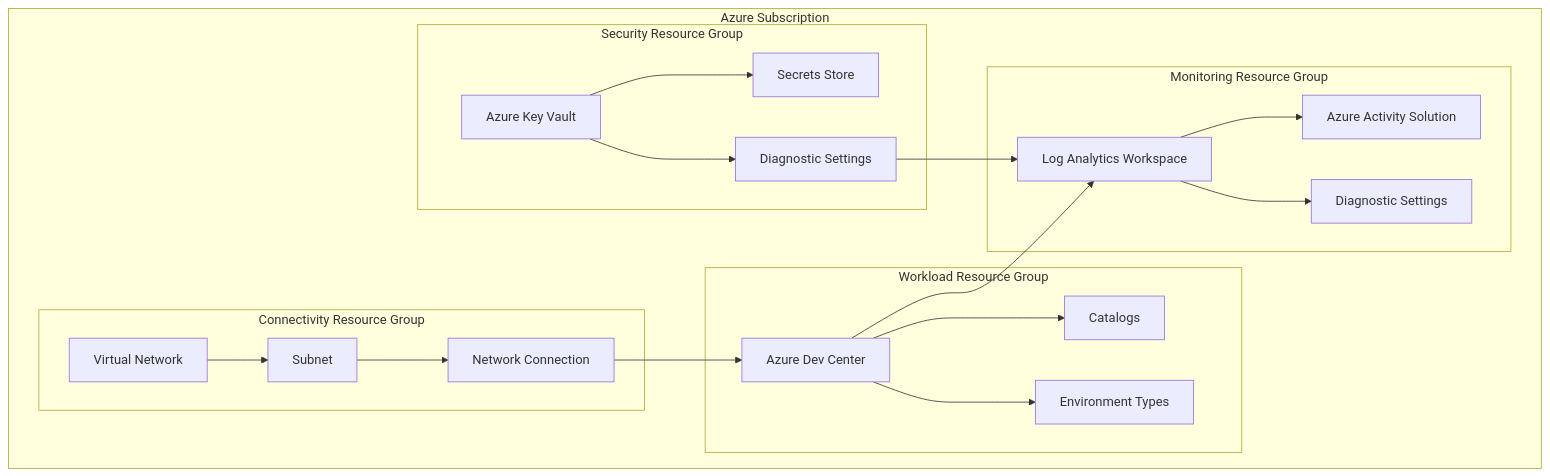
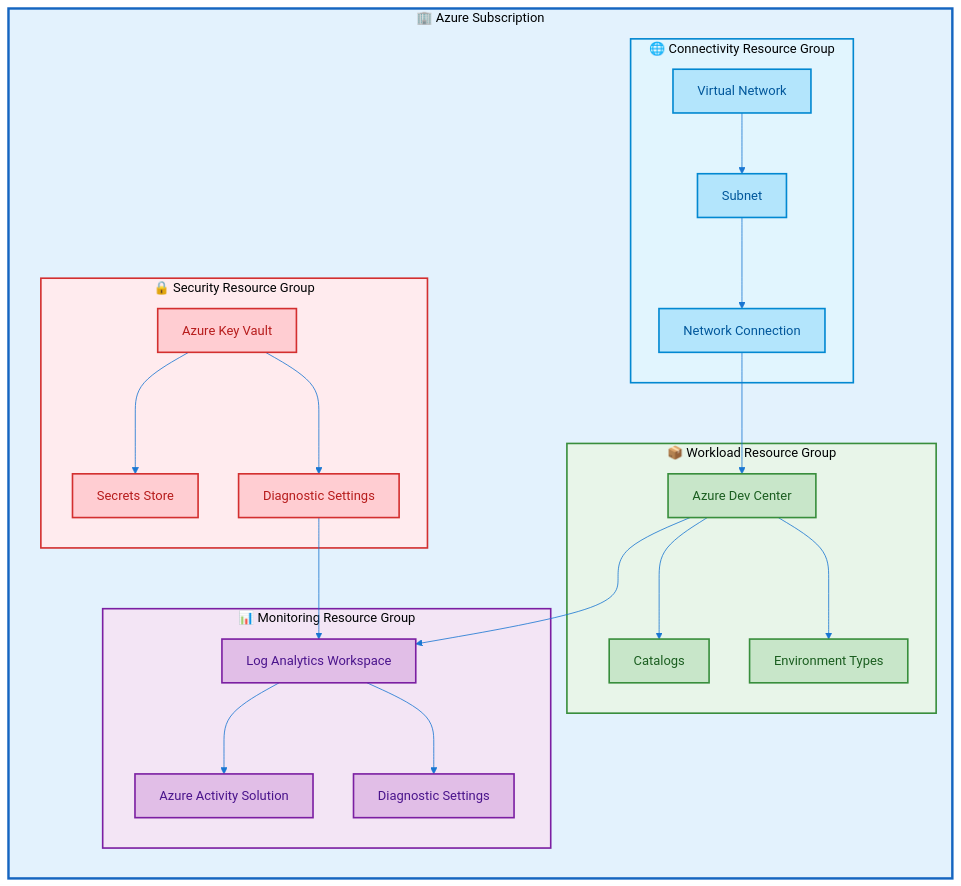
The second of 8 diagrams in docs/architecture/Technology.md (Evilazaro/DevExp-DevBox), drawn with Mermaid before and after one commit. The commit also changed other lines of this file, not shown here.

Commit message:
docs: enhance Technology Architecture diagrams with improved styling and clarity

````diff
--- a/docs/architecture/Technology.md
+++ b/docs/architecture/Technology.md
@@ -113,37 +131,51 @@
 ```mermaid
+%%{init: {'theme': 'base', 'themeVariables': {'primaryColor': '#E3F2FD', 'lineColor': '#1976D2'}}}%%
 flowchart TB
-    subgraph Subscription["Azure Subscription"]
-        subgraph SecurityRG["Security Resource Group"]
-            kv["Azure Key Vault"]
-            kv_secrets["Secrets Store"]
-            kv_diag["Diagnostic Settings"]
+    classDef subscription fill:#E3F2FD,stroke:#1565C0,stroke-width:2px,color:#0D47A1
+    classDef security fill:#FFCDD2,stroke:#D32F2F,stroke-width:2px,color:#B71C1C
+    classDef monitoring fill:#E1BEE7,stroke:#7B1FA2,stroke-width:2px,color:#4A148C
+    classDef workload fill:#C8E6C9,stroke:#388E3C,stroke-width:2px,color:#1B5E20
+    classDef connectivity fill:#B3E5FC,stroke:#0288D1,stroke-width:2px,color:#01579B
+
+    subgraph Subscription["🏢 Azure Subscription"]
+        direction TB
+        subgraph SecurityRG["🔒 Security Resource Group"]
+            kv["Azure Key Vault"]:::security
+            kv_secrets["Secrets Store"]:::security
+            kv_diag["Diagnostic Settings"]:::security
         end
-        subgraph MonitoringRG["Monitoring Resource Group"]
-            la["Log Analytics Workspace"]
-            la_sol["Azure Activity Solution"]
-            la_diag["Diagnostic Settings"]
+        subgraph MonitoringRG["📊 Monitoring Resource Group"]
+            la["Log Analytics Workspace"]:::monitoring
+            la_sol["Azure Activity Solution"]:::monitoring
+            la_diag["Diagnostic Settings"]:::monitoring
         end
-        subgraph WorkloadRG["Workload Resource Group"]
-            dc["Azure Dev Center"]
-            dc_cat["Catalogs"]
-            dc_env["Environment Types"]
+        subgraph WorkloadRG["📦 Workload Resource Group"]
+            dc["Azure Dev Center"]:::workload
+            dc_cat["Catalogs"]:::workload
+            dc_env["Environment Types"]:::workload
         end
-        subgraph ConnectivityRG["Connectivity Resource Group"]
-            vnet_res["Virtual Network"]
-            subnet_res["Subnet"]
-            nc["Network Connection"]
+        subgraph ConnectivityRG["🌐 Connectivity Resource Group"]
+            vnet_res["Virtual Network"]:::connectivity
+            subnet_res["Subnet"]:::connectivity
+            nc["Network Connection"]:::connectivity
         end
     end
+
+    style Subscription fill:#E3F2FD,stroke:#1565C0,stroke-width:3px
+    style SecurityRG fill:#FFEBEE,stroke:#D32F2F,stroke-width:2px
+    style MonitoringRG fill:#F3E5F5,stroke:#7B1FA2,stroke-width:2px
+    style WorkloadRG fill:#E8F5E9,stroke:#388E3C,stroke-width:2px
+    style ConnectivityRG fill:#E1F5FE,stroke:#0288D1,stroke-width:2px
 
     kv --> kv_secrets
     kv --> kv_diag
     kv_diag --> la
     la --> la_sol
     la --> la_diag
     dc --> dc_cat
     dc --> dc_env
     dc --> la
     vnet_res --> subnet_res
     subnet_res --> nc
     nc --> dc
 ```
````
